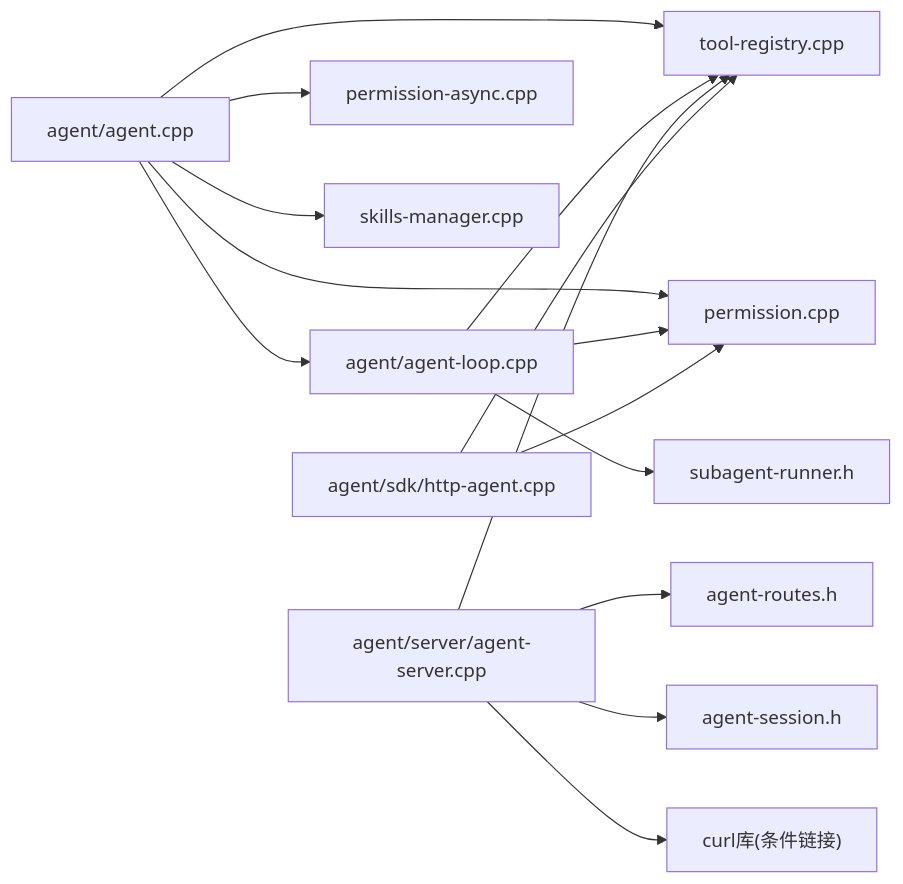
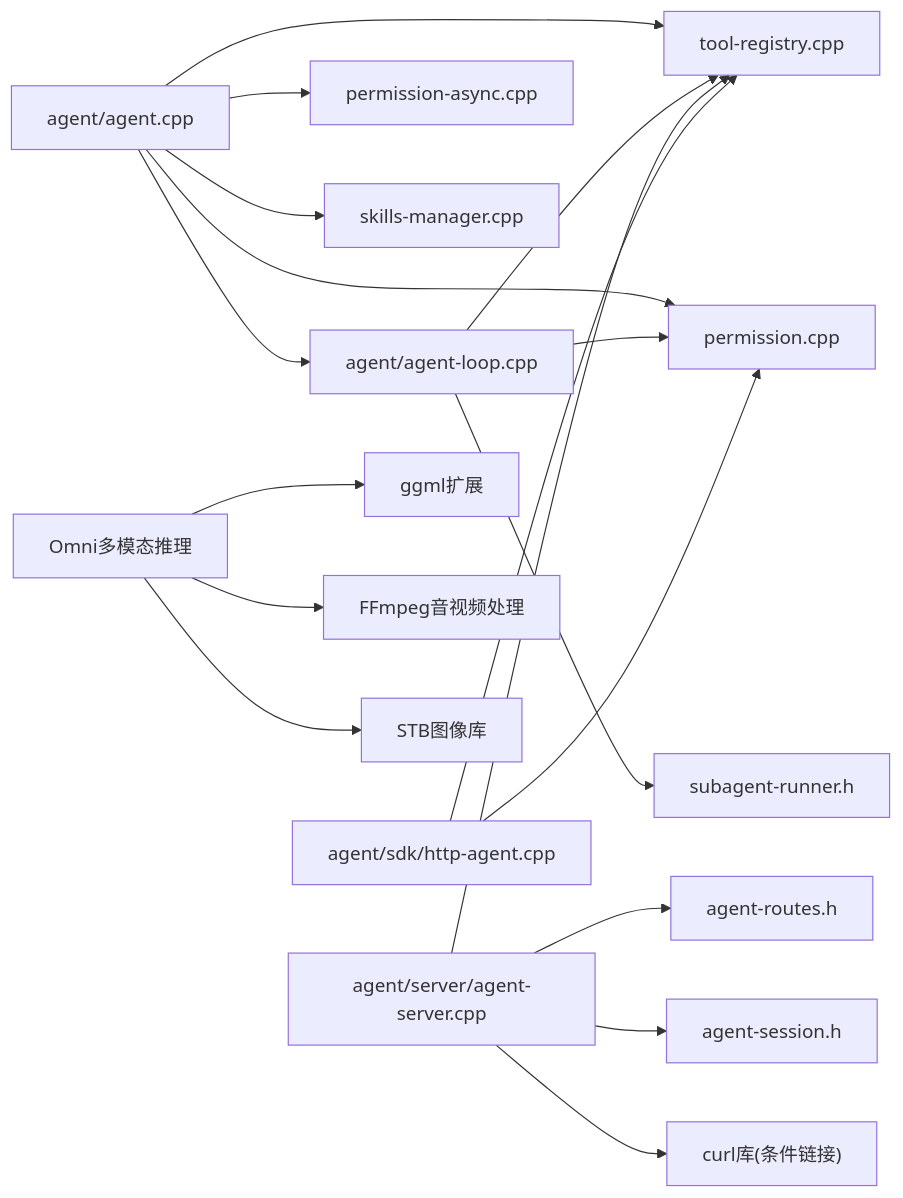
The tenth of 10 diagrams in .qoder/repowiki/zh/content/开发者指南/开发者指南.md (acproject/llama.cpp-agent), drawn with Mermaid before and after one commit. The commit also changed other lines of this file and 3 other files, not shown here.

````diff
--- a/.qoder/repowiki/zh/content/开发者指南/开发者指南.md
+++ b/.qoder/repowiki/zh/content/开发者指南/开发者指南.md
@@ -434,17 +1296,20 @@
 ```mermaid
 graph LR
 Agent["agent/agent.cpp"] --> Loop["agent/agent-loop.cpp"]
 Agent --> Registry["tool-registry.cpp"]
 Agent --> Perm["permission.cpp"]
 Agent --> PermAsync["permission-async.cpp"]
 Agent --> Skills["skills-manager.cpp"]
 Loop --> Registry
 Loop --> Perm
 Loop --> Runner["subagent-runner.h"]
 Server["agent/server/agent-server.cpp"] --> Routes["agent-routes.h"]
 Server --> Session["agent-session.h"]
 Server --> Registry
 Server --> Curl["curl库(条件链接)"]
 SDK["agent/sdk/http-agent.cpp"] --> Registry
 SDK --> Perm
+Omni["Omni多模态推理"] --> GGML["ggml扩展"]
+Omni --> FFmpeg["FFmpeg音视频处理"]
+Omni --> STB["STB图像库"]
 ```
````
